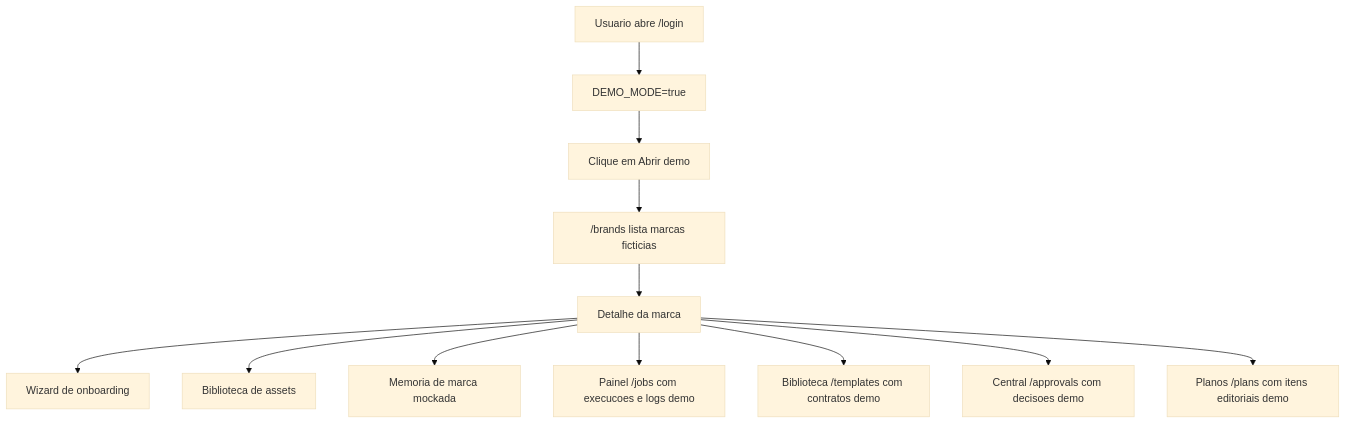
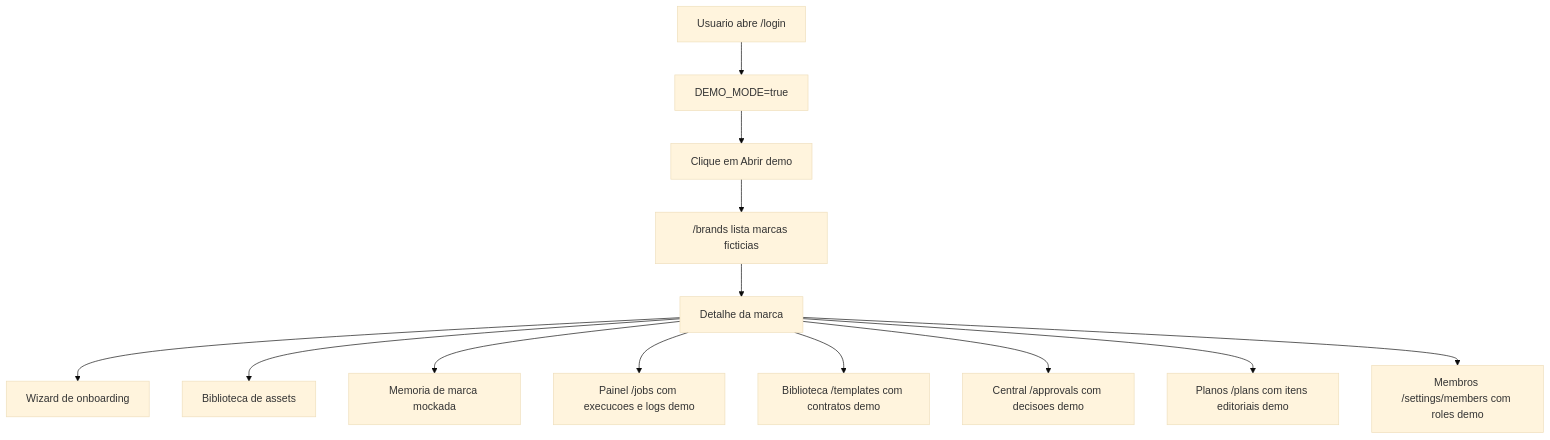
One commit to fabiohhsales/content-saas changed the first of 7 diagrams in docs/DIAGNOSTICO-ATUAL.md. Above: the diagram before and after it, drawn with Mermaid (base theme). The commit also changed other lines of this file and 5 other files, not shown here.

````diff
--- a/docs/DIAGNOSTICO-ATUAL.md
+++ b/docs/DIAGNOSTICO-ATUAL.md
@@ -246,14 +250,15 @@
 ```mermaid
 flowchart TD
   A["Usuario abre /login"] --> B["DEMO_MODE=true"]
   B --> C["Clique em Abrir demo"]
   C --> D["/brands lista marcas ficticias"]
   D --> E["Detalhe da marca"]
   E --> F["Wizard de onboarding"]
   E --> G["Biblioteca de assets"]
   E --> H["Memoria de marca mockada"]
   E --> I["Painel /jobs com execucoes e logs demo"]
   E --> J["Biblioteca /templates com contratos demo"]
   E --> K["Central /approvals com decisoes demo"]
   E --> L["Planos /plans com itens editoriais demo"]
+  E --> M["Membros /settings/members com roles demo"]
 ```
````
